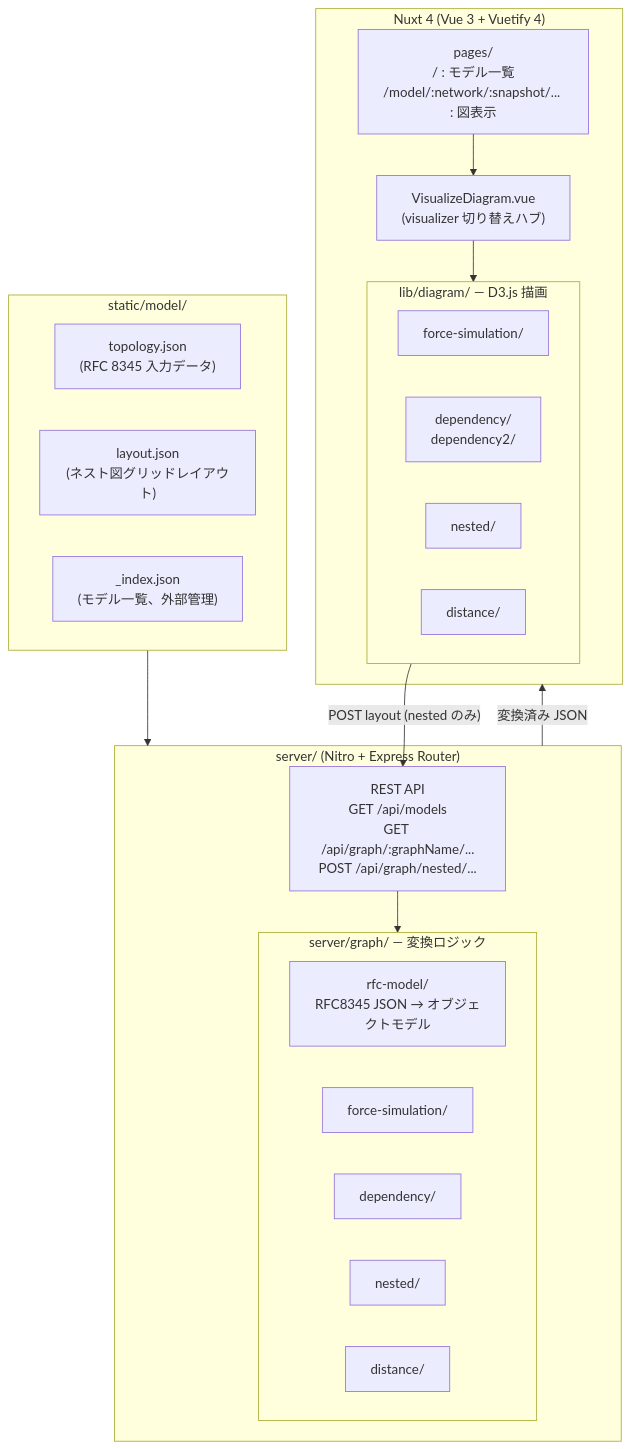
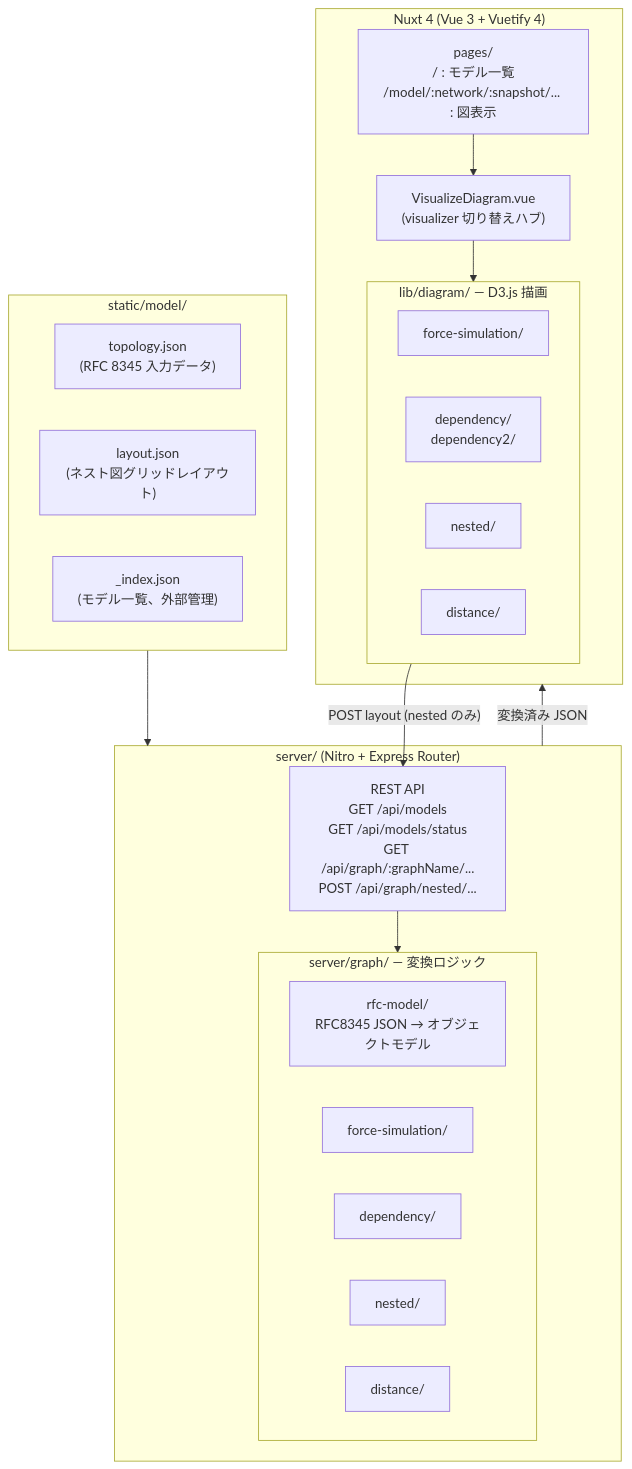
The diagram in docs/architecture.md (ool-mddo/netoviz), drawn with Mermaid before and after one commit. The commit also changed other lines of this file and 9 other files, not shown here.

````diff
--- a/docs/architecture.md
+++ b/docs/architecture.md
@@ -14,36 +14,36 @@
 ```mermaid
 flowchart TD
     subgraph Static["static/model/"]
         JSON["topology.json\n(RFC 8345 入力データ)"]
         Layout["layout.json\n(ネスト図グリッドレイアウト)"]
         Index["_index.json\n(モデル一覧、外部管理)"]
     end
 
     subgraph Server["server/ (Nitro + Express Router)"]
-        API["REST API\nGET /api/models\nGET /api/graph/:graphName/...\nPOST /api/graph/nested/..."]
+        API["REST API\nGET /api/models\nGET /api/models/status\nGET /api/graph/:graphName/...\nPOST /api/graph/nested/..."]
         subgraph Converters["server/graph/ — 変換ロジック"]
             RFC["rfc-model/\nRFC8345 JSON → オブジェクトモデル"]
             FS["force-simulation/"]
             Dep["dependency/"]
             Nested["nested/"]
             Dist["distance/"]
         end
         API --> Converters
     end
 
     subgraph Frontend["Nuxt 4 (Vue 3 + Vuetify 4)"]
         Pages["pages/\n/ : モデル一覧\n/model/:network/:snapshot/... : 図表示"]
         VizComp["VisualizeDiagram.vue\n(visualizer 切り替えハブ)"]
         subgraph D3Libs["lib/diagram/ — D3.js 描画"]
             D3FS["force-simulation/"]
             D3Dep["dependency/\ndependency2/"]
             D3Nested["nested/"]
             D3Dist["distance/"]
         end
         Pages --> VizComp --> D3Libs
     end
 
     Static --> Server
     Server -- "変換済み JSON" --> Frontend
     D3Libs -- "POST layout (nested のみ)" --> API
 ```
````
